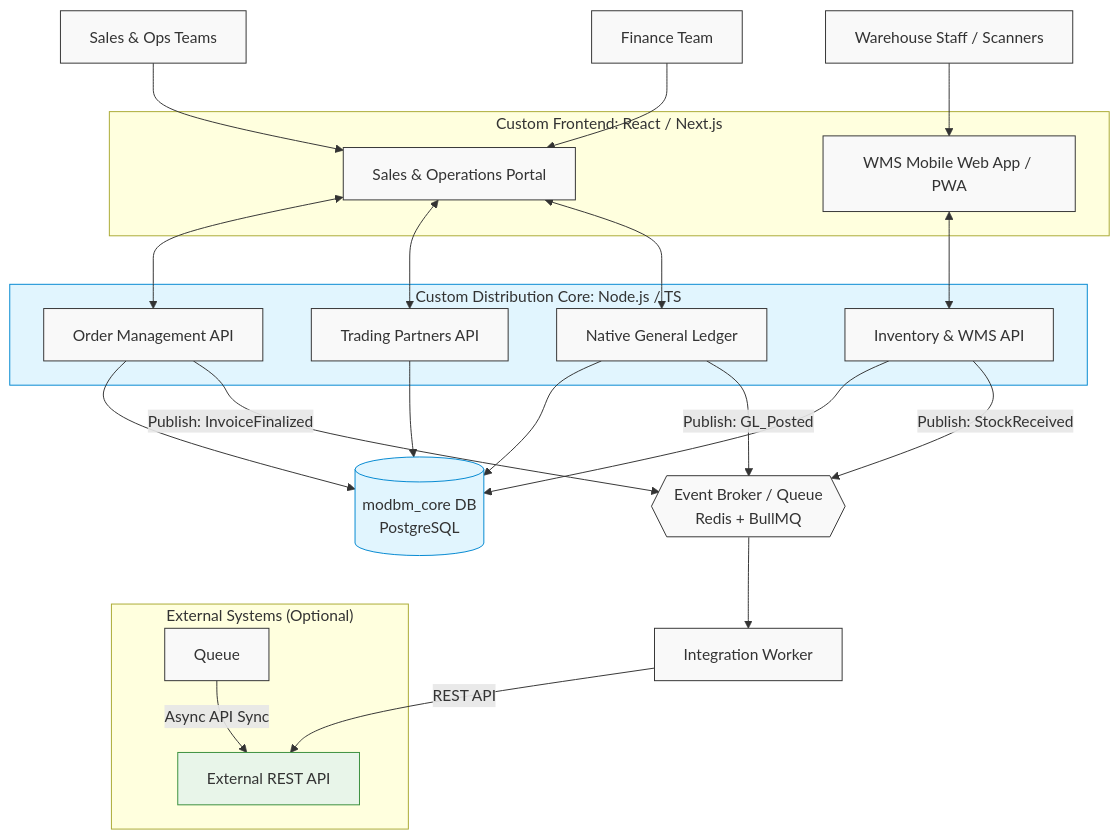
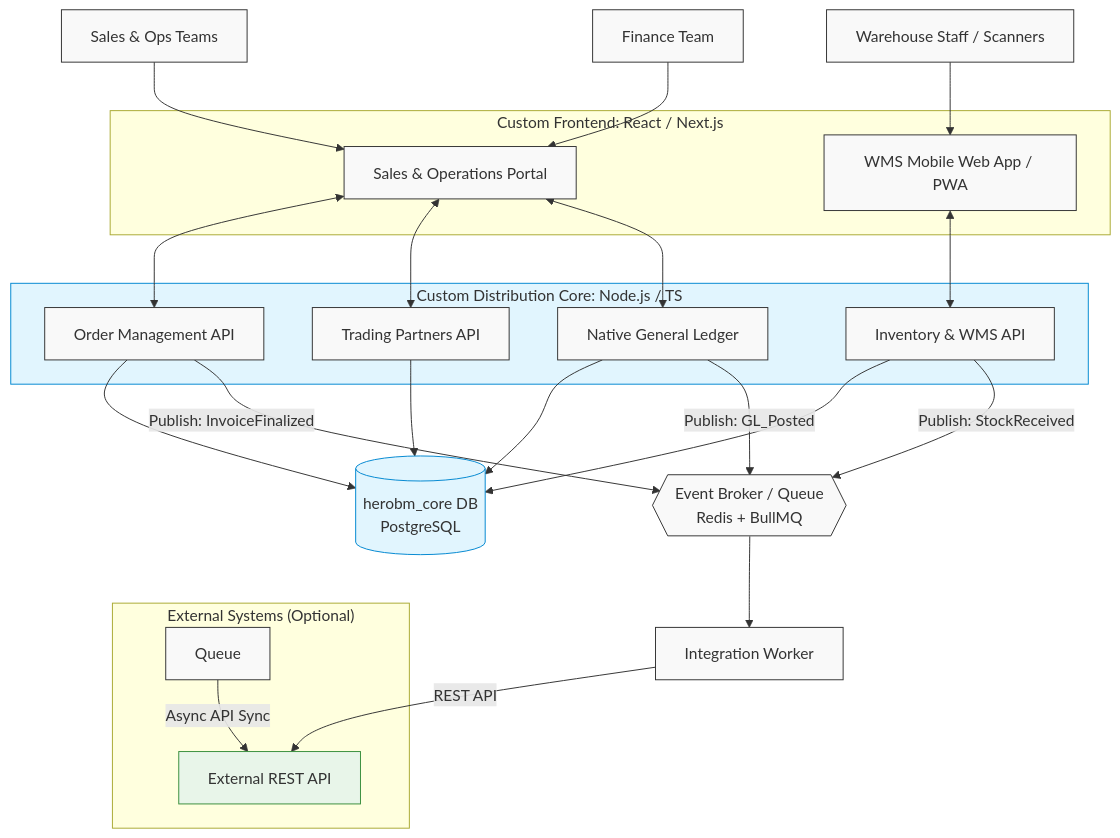
Before and after one commit to herobmdotcom/herobm: the first of 3 diagrams in docs/technical/system_architecture.md, drawn with Mermaid. The commit also changed other lines of this file and 686 other files, not shown here.

````diff
--- a/docs/technical/system_architecture.md
+++ b/docs/technical/system_architecture.md
@@ -14,58 +14,58 @@
 ```mermaid
 flowchart TD
     %% User Interfaces
     Warehouse[Warehouse Staff / Scanners]
     Sales[Sales & Ops Teams]
     Finance[Finance Team]
 
     %% Frontend Apps
     subgraph Frontend [Custom Frontend: React / Next.js]
         WMS_UI[WMS Mobile Web App / PWA]
         OMS_UI[Sales & Operations Portal]
     end
 
     %% Backend Custom
     subgraph CustomBackend [Custom Distribution Core: Node.js / TS]
         OMS_API[Order Management API]
         WMS_API[Inventory & WMS API]
         CRM_API[Trading Partners API]
         GL_API[Native General Ledger]
     end
 
     subgraph "External Systems (Optional)"
         Queue -- "Async API Sync" --> ExternalAPI[External REST API]
     end
 
     %% Databases
-    DB_Custom[(modbm_core DB \n PostgreSQL)]
+    DB_Custom[(herobm_core DB \n PostgreSQL)]
 
     %% Integration
     Broker{{Event Broker / Queue \n Redis + BullMQ}}
     Worker[Integration Worker]
 
     %% Relationships
     Warehouse --> WMS_UI
     Sales --> OMS_UI
     Finance --> OMS_UI
 
     WMS_UI <--> WMS_API
     OMS_UI <--> OMS_API
     OMS_UI <--> CRM_API
     OMS_UI <--> GL_API
 
     WMS_API & OMS_API & CRM_API & GL_API --> DB_Custom
 
     %% Event Flow
     OMS_API -- "Publish: InvoiceFinalized" --> Broker
     WMS_API -- "Publish: StockReceived" --> Broker
     GL_API -- "Publish: GL_Posted" --> Broker
     Broker --> Worker
     Worker -- "REST API" --> ExternalAPI
     
     classDef default fill:#f9f9f9,stroke:#333,stroke-width:1px;
     classDef custom fill:#e1f5fe,stroke:#0288d1;
     classDef external fill:#e8f5e9,stroke:#388e3c;
     
     class CustomBackend,DB_Custom custom;
     class ExternalAPI external;
 ```
````
